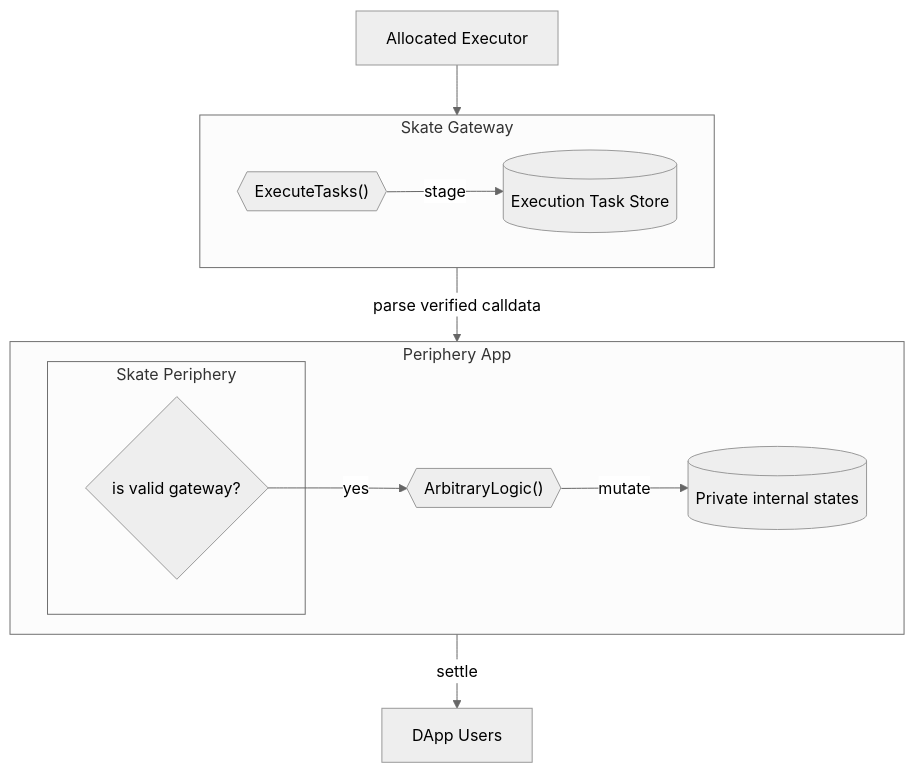
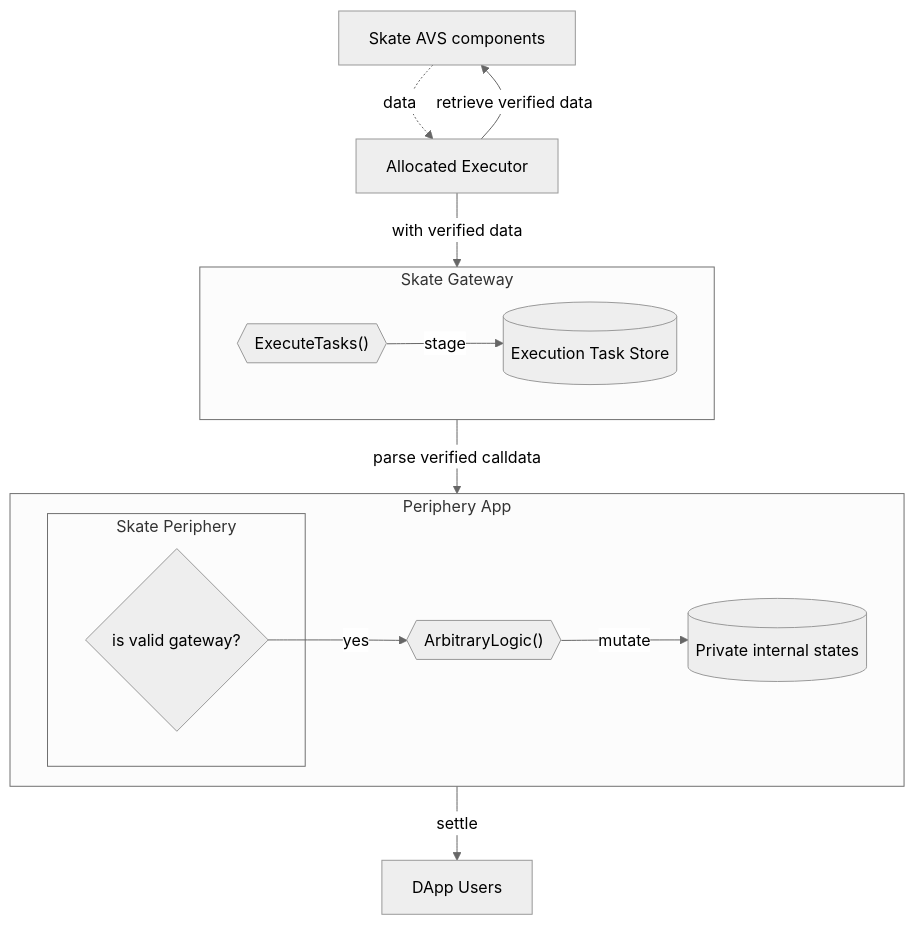
Before and after one commit to Skate-Org/docs: the diagram in main/architecture/periphery.mdx, drawn with Mermaid (neutral theme). The commit also changed other lines of this file and 3 other files, not shown here.

Commit message:
edit architecture components

````diff
--- a/main/architecture/periphery.mdx
+++ b/main/architecture/periphery.mdx
@@ -28,26 +28,29 @@
 ```mermaid
   flowchart TB
-    executor["Allocated Executor"] --> sGateway
+    AVS[Skate AVS components]
+    executor -- "retrieve verified data" --> AVS
+    AVS -. data .-> executor
+    executor["Allocated Executor"] -- "with verified data" --> executeTask
 
     subgraph sGateway[Skate Gateway]
       direction LR
       executeTask{{"ExecuteTasks()"}}
       taskStore[(Execution Task Store)]
 
       executeTask -- stage --> taskStore
     end
 
     executeTask -- "parse verified calldata" --> guard
 
     subgraph App[Periphery App]
       direction LR
       subgraph SkatePeriphery[Skate Periphery]
         guard{is valid gateway?}
       end
       pLogic{{"ArbitraryLogic()"}}
       guard -- yes --> pLogic
       pLogic -- mutate --> state[(Private internal states)]
     end
 
     pLogic -- settle --> User[DApp Users]
 ```
````
